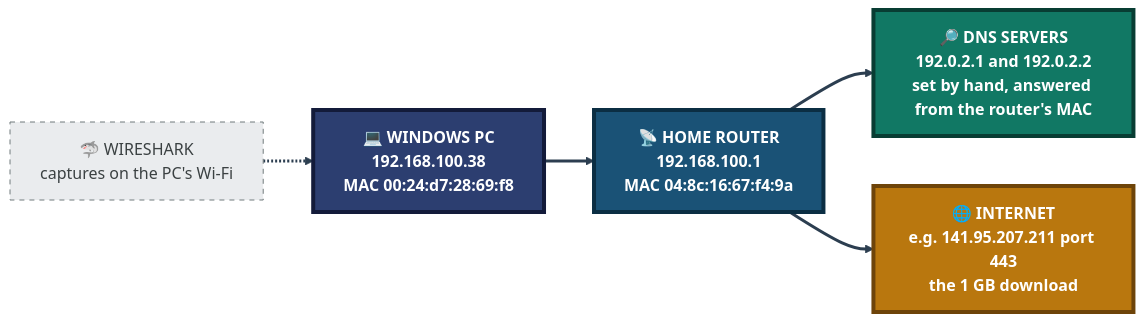
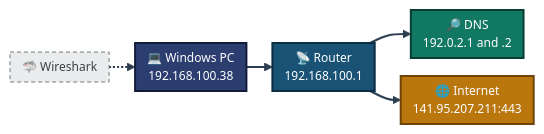
The first of 7 diagrams in project-3-wireshark-packet-capture-case-studies/README.md (malaika-azhar/Real-World-Tier2-Support-Projects), drawn with Mermaid before and after one commit. The commit also changed other lines of this file, not shown here.

````diff
--- a/project-3-wireshark-packet-capture-case-studies/README.md
+++ b/project-3-wireshark-packet-capture-case-studies/README.md
@@ -133,14 +133,14 @@
 ```mermaid
+%%{init: {'theme': 'base', 'themeVariables': {'fontSize': '12px'}, 'flowchart': {'nodeSpacing': 18, 'rankSpacing': 26, 'padding': 6}}}%%
 flowchart LR
-    PC["💻 WINDOWS PC<br/>192.168.100.38<br/>MAC 00:24:d7:28:69:f8"]:::pc --> GW["📡 HOME ROUTER<br/>192.168.100.1<br/>MAC 04:8c:16:67:f4:9a"]:::gw
-    GW --> DNS["🔎 DNS SERVERS<br/>192.0.2.1 and 192.0.2.2<br/>set by hand, answered from the router's MAC"]:::dns
-    GW --> NET["🌐 INTERNET<br/>e.g. 141.95.207.211 port 443<br/>the 1 GB download"]:::net
-    WS["🦈 WIRESHARK<br/>captures on the PC's Wi-Fi"]:::ws -.-> PC
-
-    classDef pc fill:#2C3E70,stroke:#131B3A,stroke-width:4px,color:#FFFFFF,font-weight:bold
-    classDef gw fill:#1A5276,stroke:#0B2E43,stroke-width:4px,color:#FFFFFF,font-weight:bold
-    classDef dns fill:#117864,stroke:#083D33,stroke-width:4px,color:#FFFFFF,font-weight:bold
-    classDef net fill:#B9770E,stroke:#6E4409,stroke-width:4px,color:#FFFFFF,font-weight:bold
-    classDef ws fill:#EAECEE,stroke:#707B7C,color:#3B4142,stroke-dasharray: 5 5
-    linkStyle default stroke:#2C3E50,stroke-width:3px
+    PC["💻 Windows PC<br/>192.168.100.38"]:::pc --> GW["📡 Router<br/>192.168.100.1"]:::gw
+    GW --> DNS["🔎 DNS<br/>192.0.2.1 and .2"]:::dns
+    GW --> NET["🌐 Internet<br/>141.95.207.211:443"]:::net
+    WS["🦈 Wireshark"]:::ws -.-> PC
+    classDef pc fill:#2C3E70,stroke:#131B3A,stroke-width:2px,color:#FFFFFF
+    classDef gw fill:#1A5276,stroke:#0B2E43,stroke-width:2px,color:#FFFFFF
+    classDef dns fill:#117864,stroke:#083D33,stroke-width:2px,color:#FFFFFF
+    classDef net fill:#B9770E,stroke:#6E4409,stroke-width:2px,color:#FFFFFF
+    classDef ws fill:#EAECEE,stroke:#707B7C,color:#3B4142,stroke-dasharray: 4 3
+    linkStyle default stroke:#2C3E50,stroke-width:2px
 ```
````
